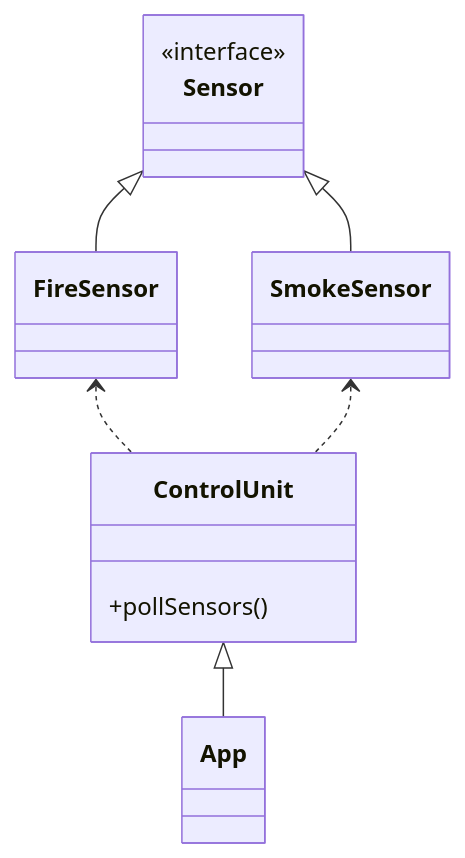
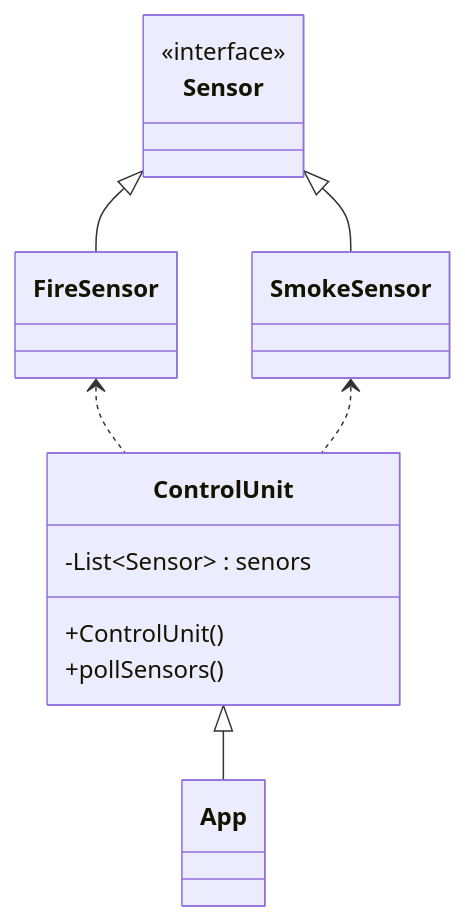
Before and after one commit to nerdschoolbergen/solid: the first of 2 diagrams in exercise-2/README.md, drawn with Mermaid. The commit also changed other lines of this file, not shown here.

Commit message:
ex 2 tweaks

````diff
--- a/exercise-2/README.md
+++ b/exercise-2/README.md
@@ -12,17 +12,19 @@
 ```mermaid
 classDiagram
     Sensor <|-- FireSensor
     Sensor <|-- SmokeSensor
     FireSensor <.. ControlUnit
     SmokeSensor <.. ControlUnit
     ControlUnit <|-- App
     
     class Sensor
     <<interface>> Sensor
     class FireSensor
     class SmokeSensor
     class ControlUnit{
+      -List~Sensor~ : senors
+      +ControlUnit()
       +pollSensors()
     }
     class App
 ```
````
